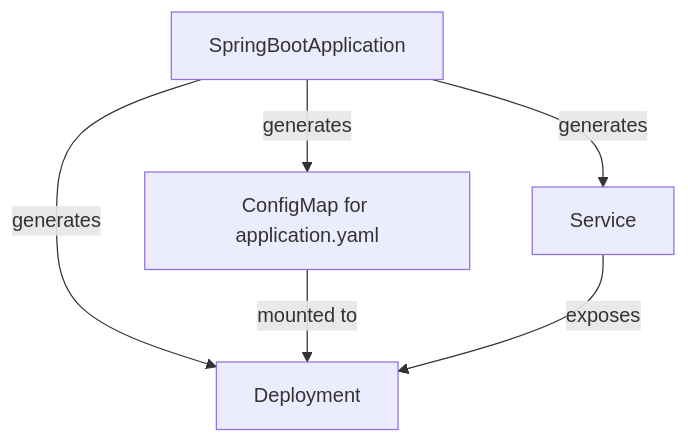
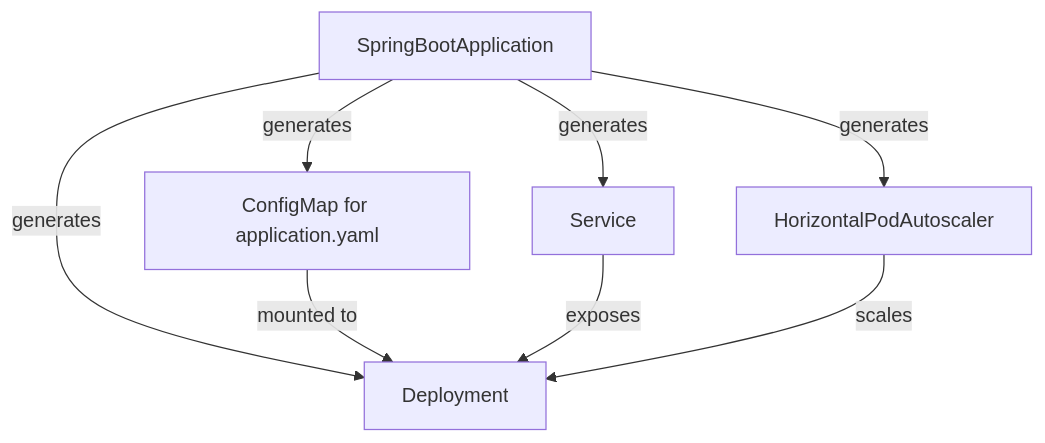
Before and after one commit to Dante-lor/spring-boot-operator: the diagram in docs/index.md, drawn with Mermaid. The commit also changed 16 other files, not shown here.

````diff
--- a/docs/index.md
+++ b/docs/index.md
@@ -15,14 +15,17 @@
 ```mermaid
 flowchart TD
     app["SpringBootApplication"]
     cm["ConfigMap for application.yaml"]
     dep["Deployment"]
     svc["Service"]
+    hpa["HorizontalPodAutoscaler"]
 
+    app -- generates --> hpa
     app -- generates --> dep
     app -- generates --> svc
     app -- generates --> cm
 
     cm -- mounted to --> dep
     svc -- exposes --> dep
+    hpa -- scales --> dep
 ```
````
